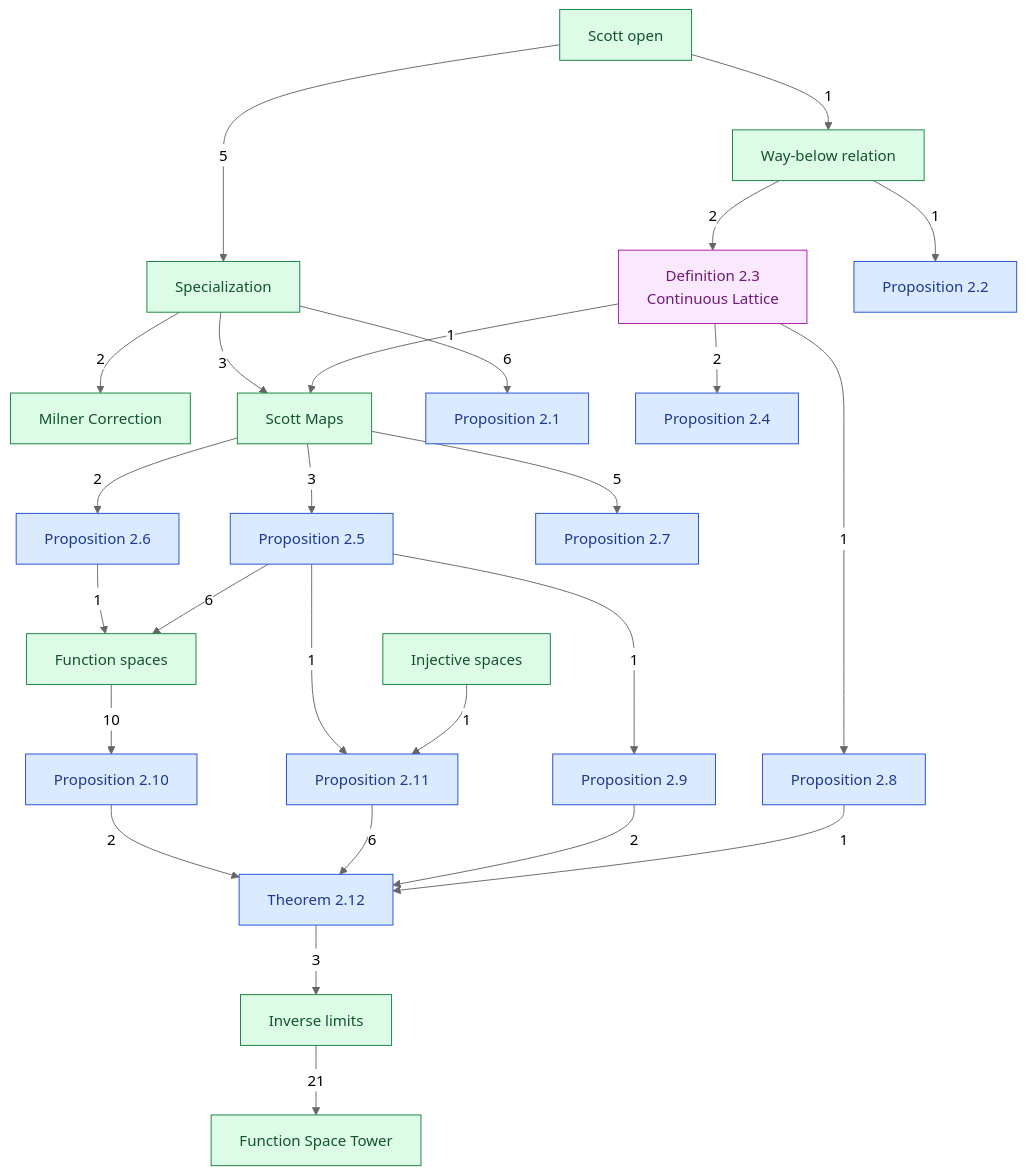
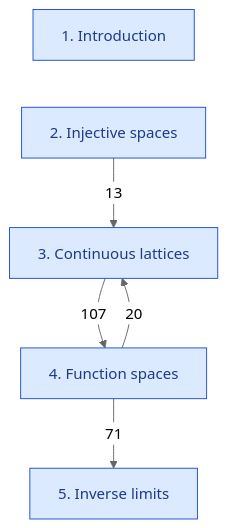
Before and after one commit to catskillsresearch/DomainTheory: the diagram in DomainTheory/1972_ContinuousLattices.mermaid, drawn with Mermaid (neutral theme). The commit also changed 20 other files, not shown here.

Commit message:
Organize the chapter as Scott's five sections, and set the failing proof of Proposition 2.10 apart from the corrected one.

```diff
--- a/DomainTheory/1972_ContinuousLattices.mermaid
+++ b/DomainTheory/1972_ContinuousLattices.mermaid
@@ -1,59 +1,16 @@
-%% Direct imports that are not implied by a longer path.
-%% The page displays 1972_ContinuousLattices.svg from this edge list.
-%% The arrowhead points at the item that imports. The label is how many direct imports.
-%% Propositions sit along the bottom.
+%% Arrowhead on the importer. The number is a direct-import count.
+%% An arrow already implied by a longer path is omitted.
+%% Introduction has no Lean code, so it has no arrow.
 flowchart TB
-  SO["Scott open"]
-  INJ["Injective spaces"]
-  WB["Way-below relation"]
-  SP["Specialization"]
-  D23["Definition 2.3<br>Continuous Lattice"]
-  MC["Milner Correction"]
-  SM["Scott Maps"]
-  FS["Function spaces"]
-  IL["Inverse limits"]
-  FST["Function Space Tower"]
-  P21["Proposition 2.1"]
-  P22["Proposition 2.2"]
-  P24["Proposition 2.4"]
-  P25["Proposition 2.5"]
-  P26["Proposition 2.6"]
-  P27["Proposition 2.7"]
-  P28["Proposition 2.8"]
-  P29["Proposition 2.9"]
-  P210["Proposition 2.10"]
-  P211["Proposition 2.11"]
-  T212["Theorem 2.12"]
-
-  SO -->|"1"| WB
-  SO -->|"5"| SP
-  WB -->|"2"| D23
-  WB -->|"1"| P22
-  D23 -->|"1"| SM
-  D23 -->|"2"| P24
-  D23 -->|"1"| P28
-  SP -->|"3"| SM
-  SP -->|"2"| MC
-  SP -->|"6"| P21
-  SM -->|"3"| P25
-  SM -->|"2"| P26
-  SM -->|"5"| P27
-  INJ -->|"1"| P211
-  FS -->|"10"| P210
-  P25 -->|"6"| FS
-  P26 -->|"1"| FS
-  P25 -->|"1"| P29
-  P25 -->|"1"| P211
-  P28 -->|"1"| T212
-  P29 -->|"2"| T212
-  P211 -->|"6"| T212
-  P210 -->|"2"| T212
-  T212 -->|"3"| IL
-  IL -->|"21"| FST
-
-  classDef concept fill:#dcfce7,stroke:#15803d,color:#14532d
-  classDef numbered fill:#dbeafe,stroke:#1d4ed8,color:#1e3a8a
-  classDef both fill:#fae8ff,stroke:#a21caf,color:#701a75
-  class WB,SO,SP,SM,MC,INJ,FS,IL,FST concept
-  class P21,P22,P24,P25,P26,P27,P28,P29,P210,P211,T212 numbered
-  class D23 both
+  INTRO["1. Introduction"]
+  INJ["2. Injective spaces"]
+  CL["3. Continuous lattices"]
+  FS["4. Function spaces"]
+  LIM["5. Inverse limits"]
+  INTRO ~~~ INJ
+  INJ -->|"13"| CL
+  CL -->|"107"| FS
+  FS -->|"20"| CL
+  FS -->|"71"| LIM
+  classDef section fill:#dbeafe,stroke:#1d4ed8,color:#1e3a8a
+  class INTRO,INJ,CL,FS,LIM section
```
